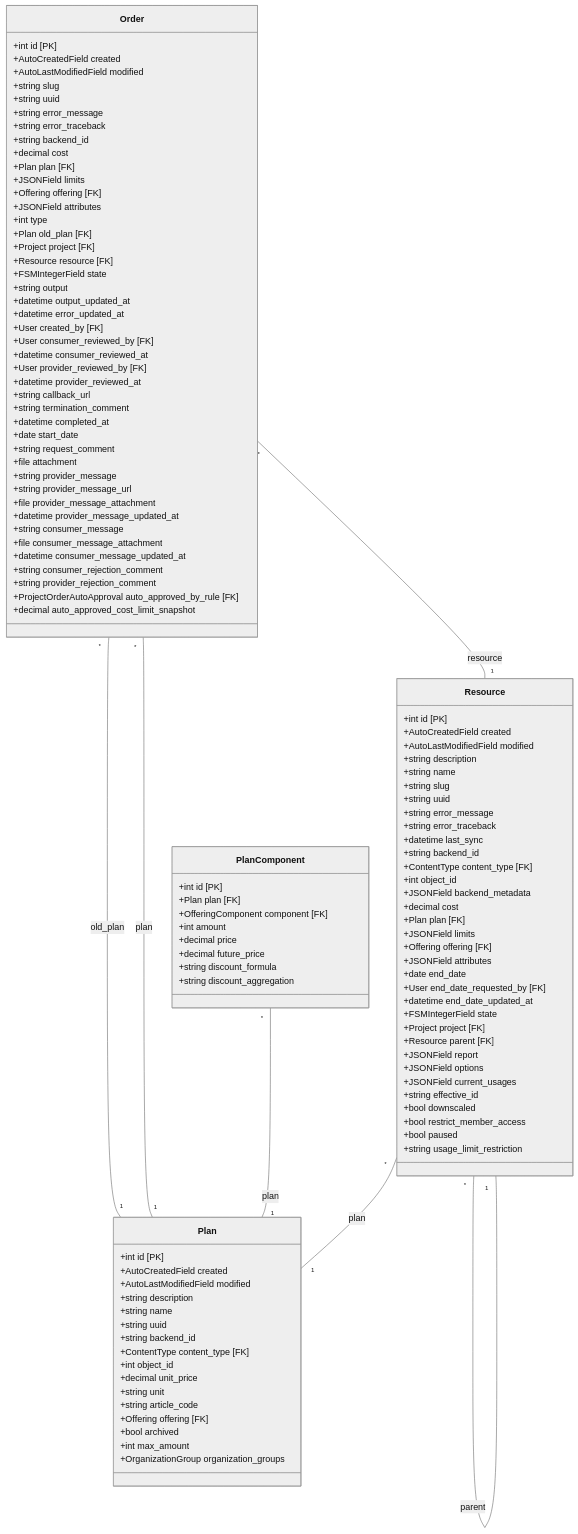
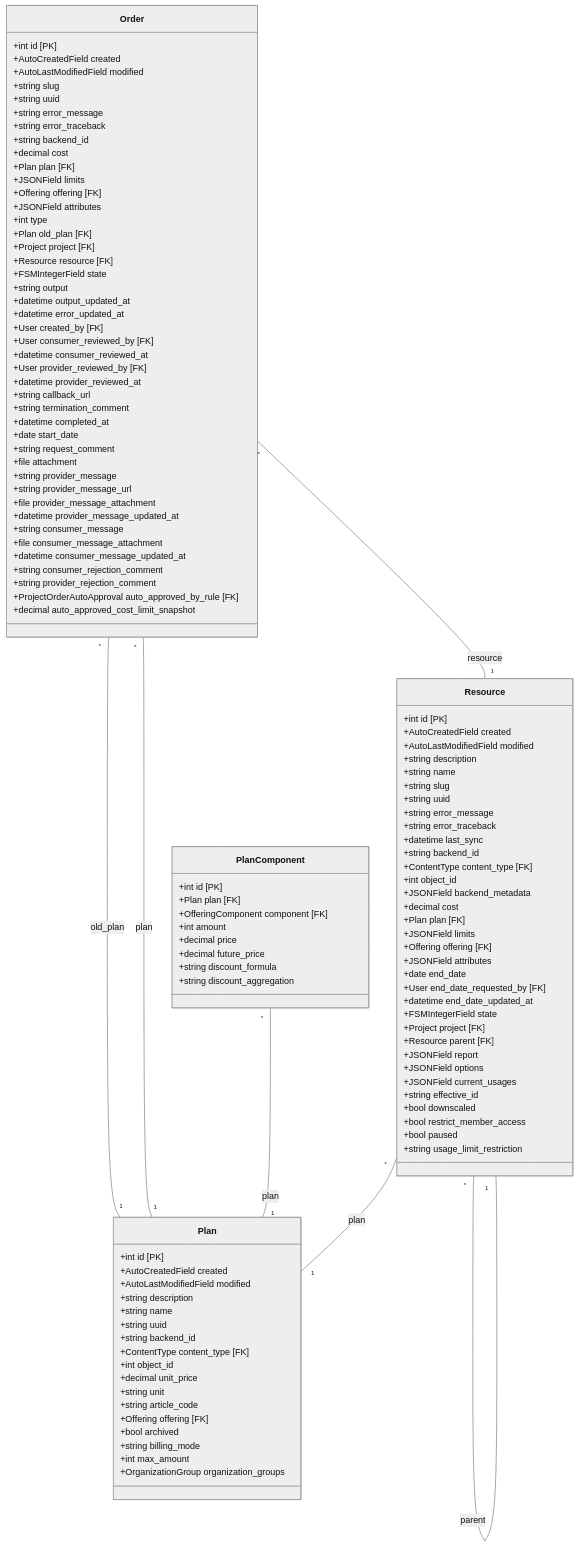
Before and after one commit to waldur/waldur-mastermind: the diagram in docs/marketplace_provision.mmd, drawn with Mermaid (neutral theme). The commit also changed 4 other files, not shown here.

```diff
--- a/docs/marketplace_provision.mmd
+++ b/docs/marketplace_provision.mmd
@@ -1,116 +1,117 @@
 classDiagram
     direction TB
     class Plan {
         +int id [PK]
         +AutoCreatedField created
         +AutoLastModifiedField modified
         +string description
         +string name
         +string uuid
         +string backend_id
         +ContentType content_type [FK]
         +int object_id
         +decimal unit_price
         +string unit
         +string article_code
         +Offering offering [FK]
         +bool archived
+        +string billing_mode
         +int max_amount
         +OrganizationGroup organization_groups
     }
     class PlanComponent {
         +int id [PK]
         +Plan plan [FK]
         +OfferingComponent component [FK]
         +int amount
         +decimal price
         +decimal future_price
         +string discount_formula
         +string discount_aggregation
     }
     class Resource {
         +int id [PK]
         +AutoCreatedField created
         +AutoLastModifiedField modified
         +string description
         +string name
         +string slug
         +string uuid
         +string error_message
         +string error_traceback
         +datetime last_sync
         +string backend_id
         +ContentType content_type [FK]
         +int object_id
         +JSONField backend_metadata
         +decimal cost
         +Plan plan [FK]
         +JSONField limits
         +Offering offering [FK]
         +JSONField attributes
         +date end_date
         +User end_date_requested_by [FK]
         +datetime end_date_updated_at
         +FSMIntegerField state
         +Project project [FK]
         +Resource parent [FK]
         +JSONField report
         +JSONField options
         +JSONField current_usages
         +string effective_id
         +bool downscaled
         +bool restrict_member_access
         +bool paused
         +string usage_limit_restriction
     }
     class Order {
         +int id [PK]
         +AutoCreatedField created
         +AutoLastModifiedField modified
         +string slug
         +string uuid
         +string error_message
         +string error_traceback
         +string backend_id
         +decimal cost
         +Plan plan [FK]
         +JSONField limits
         +Offering offering [FK]
         +JSONField attributes
         +int type
         +Plan old_plan [FK]
         +Project project [FK]
         +Resource resource [FK]
         +FSMIntegerField state
         +string output
         +datetime output_updated_at
         +datetime error_updated_at
         +User created_by [FK]
         +User consumer_reviewed_by [FK]
         +datetime consumer_reviewed_at
         +User provider_reviewed_by [FK]
         +datetime provider_reviewed_at
         +string callback_url
         +string termination_comment
         +datetime completed_at
         +date start_date
         +string request_comment
         +file attachment
         +string provider_message
         +string provider_message_url
         +file provider_message_attachment
         +datetime provider_message_updated_at
         +string consumer_message
         +file consumer_message_attachment
         +datetime consumer_message_updated_at
         +string consumer_rejection_comment
         +string provider_rejection_comment
         +ProjectOrderAutoApproval auto_approved_by_rule [FK]
         +decimal auto_approved_cost_limit_snapshot
     }
     Order "*" -- "1" Plan : old_plan
     Order "*" -- "1" Plan : plan
     Order "*" -- "1" Resource : resource
     PlanComponent "*" -- "1" Plan : plan
     Resource "*" -- "1" Plan : plan
     Resource "*" -- "1" Resource : parent
```
